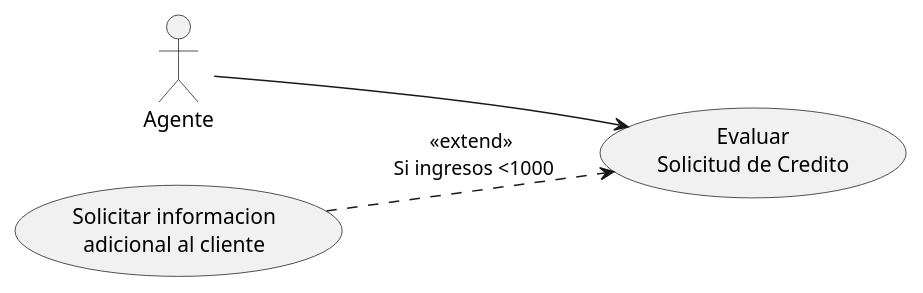
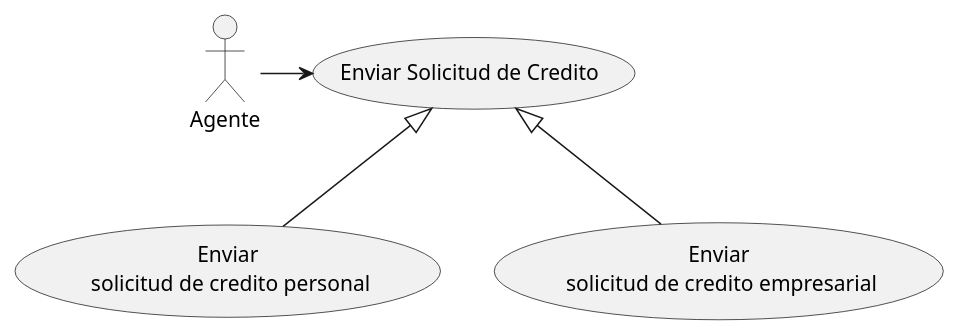
The diagram in casosdeusoII.puml (sandrasd89/casosdeusoII), drawn with PlantUML before and after one commit.

Commit message:
ej credito

```diff
--- a/casosdeusoII.puml
+++ b/casosdeusoII.puml
@@ -1,10 +1,10 @@
 @startuml
 
-left to right direction
 
-:Agente: --> (Evaluar\nSolicitud de Credito)
-(Solicitar informacion\nadicional al cliente) ..> (Evaluar\nSolicitud de Credito) : <<extend>>\n Si ingresos <1000
+:Agente: -right-> (Enviar Solicitud de Credito)
+(Enviar Solicitud de Credito) <|-- (Enviar\n solicitud de credito personal)
+(Enviar Solicitud de Credito) <|-- (Enviar\n solicitud de credito empresarial)
 
 
 
 @enduml
```
